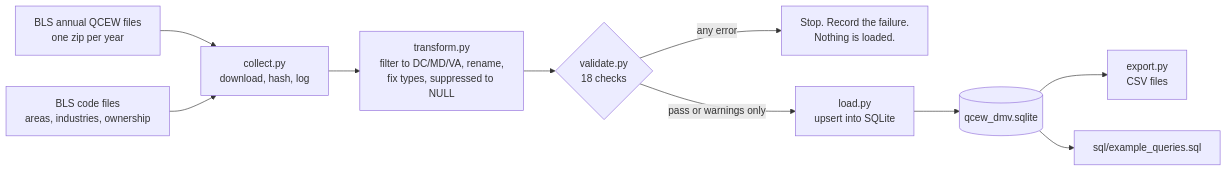
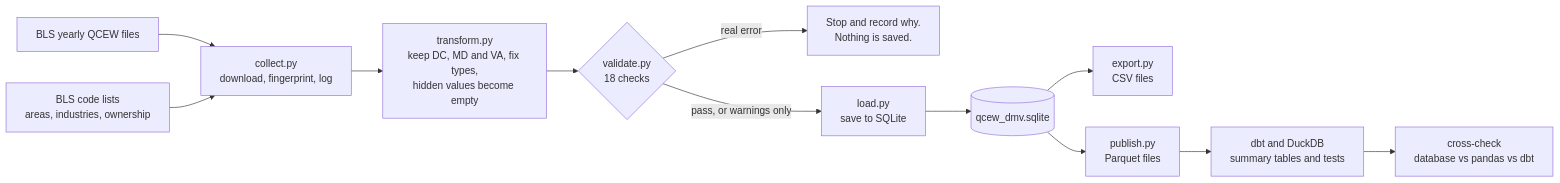
Before and after one commit to oseiakotokwarteng-R-Insights/managed-analytics-labor-market-pipeline: the diagram in docs/architecture.md, drawn with Mermaid. The commit also changed other lines of this file and 2 other files, not shown here.

First line of the commit message:
Put the architecture notes, data dictionary and README roadmap in plain language

````diff
--- a/docs/architecture.md
+++ b/docs/architecture.md
@@ -3,12 +3,14 @@
 ```mermaid
 flowchart LR
-    A[BLS annual QCEW files<br/>one zip per year] --> B[collect.py<br/>download, hash, log]
-    R[BLS code files<br/>areas, industries, ownership] --> B
-    B --> C[transform.py<br/>filter to DC/MD/VA, rename,<br/>fix types, suppressed to NULL]
+    A[BLS yearly QCEW files] --> B[collect.py<br/>download, fingerprint, log]
+    R[BLS code lists<br/>areas, industries, ownership] --> B
+    B --> C[transform.py<br/>keep DC, MD and VA, fix types,<br/>hidden values become empty]
     C --> D{validate.py<br/>18 checks}
-    D -- any error --> F[Stop. Record the failure.<br/>Nothing is loaded.]
-    D -- pass or warnings only --> E[load.py<br/>upsert into SQLite]
+    D -- real error --> F[Stop and record why.<br/>Nothing is saved.]
+    D -- pass, or warnings only --> E[load.py<br/>save to SQLite]
     E --> G[(qcew_dmv.sqlite)]
     G --> H[export.py<br/>CSV files]
-    G --> I[sql/example_queries.sql]
+    G --> P[publish.py<br/>Parquet files]
+    P --> Q[dbt and DuckDB<br/>summary tables and tests]
+    Q --> X[cross-check<br/>database vs pandas vs dbt]
 ```
````
